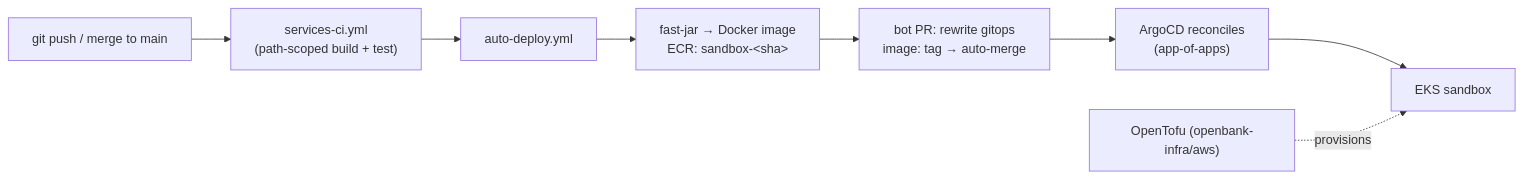
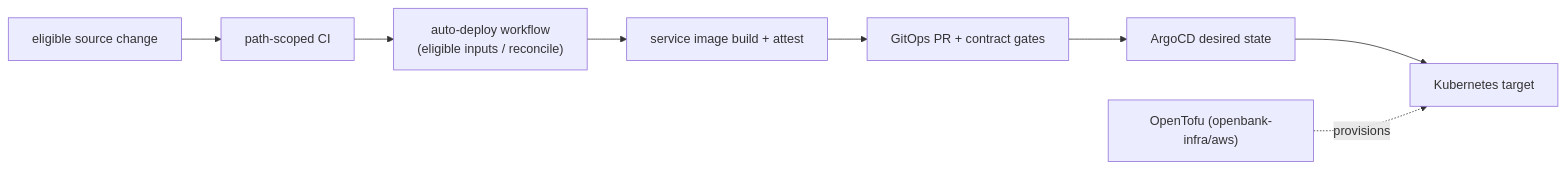
Before and after one commit to JiRaska/open-bank-oss: the diagram in DEPLOYMENT.md, drawn with Mermaid. The commit also changed other lines of this file and 21 other files, not shown here.

````diff
--- a/DEPLOYMENT.md
+++ b/DEPLOYMENT.md
@@ -23,10 +22,10 @@
 ```mermaid
 flowchart LR
-  dev["git push / merge to main"] --> ci["services-ci.yml<br/>(path-scoped build + test)"]
-  ci --> ad["auto-deploy.yml"]
-  ad --> img["fast-jar → Docker image<br/>ECR: sandbox-&lt;sha&gt;"]
-  img --> mpr["bot PR: rewrite gitops<br/>image: tag → auto-merge"]
-  mpr --> argo["ArgoCD reconciles<br/>(app-of-apps)"]
-  argo --> eks["EKS sandbox"]
+  dev["eligible source change"] --> ci["path-scoped CI"]
+  ci --> ad["auto-deploy workflow<br/>(eligible inputs / reconcile)"]
+  ad --> img["service image build + attest"]
+  img --> mpr["GitOps PR + contract gates"]
+  mpr --> argo["ArgoCD desired state"]
+  argo --> eks["Kubernetes target"]
   tofu["OpenTofu (openbank-infra/aws)"] -. provisions .-> eks
 ```
````
